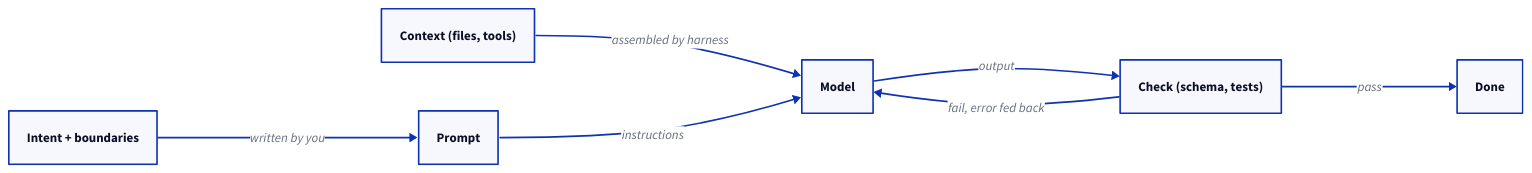
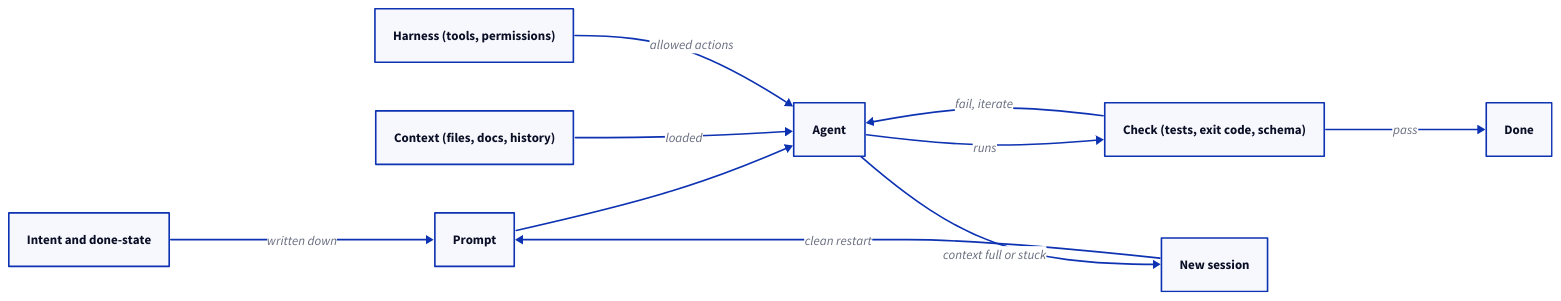
One commit to kobyal/ai-news-briefing changed the diagram in blog/public/posts/prompt-engineering-1-what-still-matters/diagram.d2. Above: the diagram before and after it, drawn with D2. The commit also changed 336 other files, not shown here.

```diff
--- a/blog/public/posts/prompt-engineering-1-what-still-matters/diagram.d2
+++ b/blog/public/posts/prompt-engineering-1-what-still-matters/diagram.d2
@@ -1,13 +1,18 @@
 direction: right
-intent: Intent + boundaries
+intent: Intent and done-state
 prompt: Prompt
-context: Context (files, tools)
-model: Model
-check: Check (schema, tests)
+context: Context (files, docs, history)
+harness: Harness (tools, permissions)
+agent: Agent
+check: Check (tests, exit code, schema)
 done: Done
-intent -> prompt: written by you
-context -> model: assembled by harness
-prompt -> model: instructions
-model -> check: output
-check -> model: fail, error fed back
+reset: New session
+intent -> prompt: written down
+prompt -> agent
+context -> agent: loaded
+harness -> agent: allowed actions
+agent -> check: runs
+check -> agent: fail, iterate
 check -> done: pass
+agent -> reset: context full or stuck
+reset -> prompt: clean restart
```
